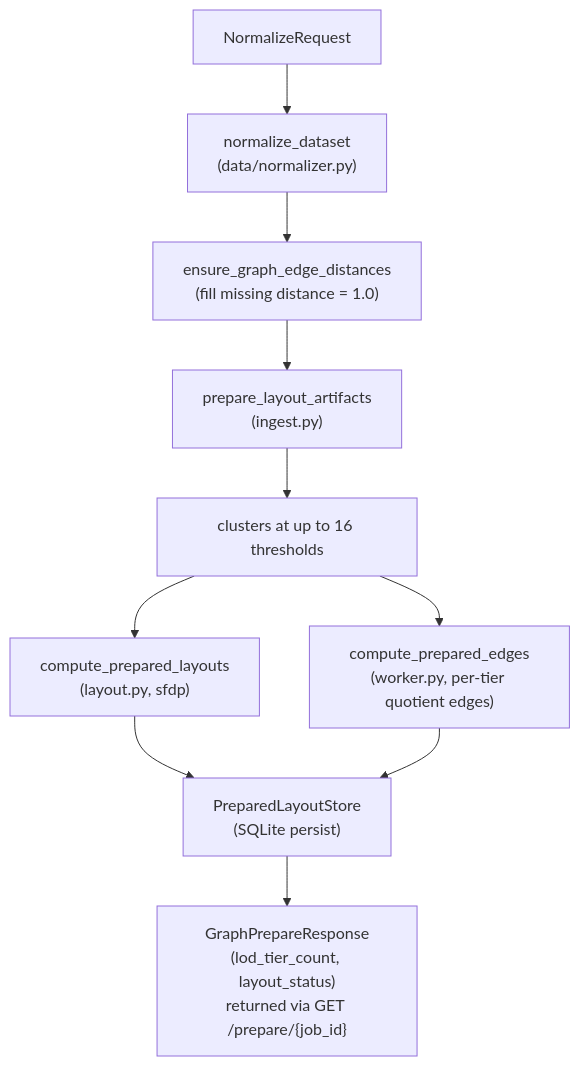
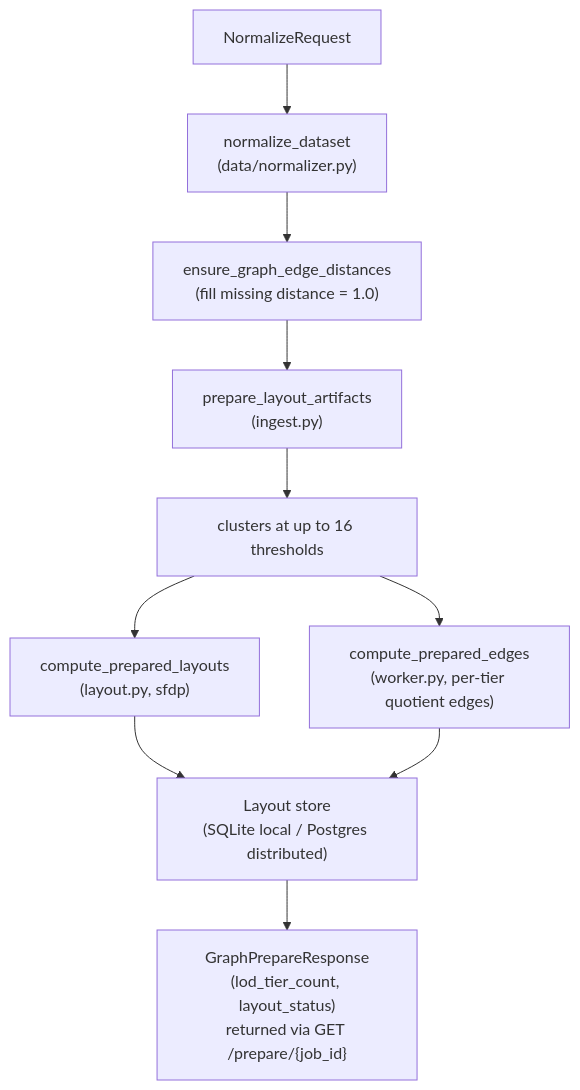
The first of 2 diagrams in docs/SERVER_PIPELINE.md (phyloviz/phylo-lens), drawn with Mermaid before and after one commit. The commit also changed other lines of this file and 7 other files, not shown here.

Commit message:
docs: describe distributed production architecture

````diff
--- a/docs/SERVER_PIPELINE.md
+++ b/docs/SERVER_PIPELINE.md
@@ -18,12 +18,12 @@
 ```mermaid
 flowchart TD
   REQ["NormalizeRequest"] --> NORM["normalize_dataset<br/>(data/normalizer.py)"]
   NORM --> DIST["ensure_graph_edge_distances<br/>(fill missing distance = 1.0)"]
   DIST --> ING["prepare_layout_artifacts<br/>(ingest.py)"]
   ING --> CL["clusters at up to 16 thresholds"]
   CL --> LAY["compute_prepared_layouts<br/>(layout.py, sfdp)"]
   CL --> PE["compute_prepared_edges<br/>(worker.py, per-tier quotient edges)"]
-  LAY --> PERSIST["PreparedLayoutStore<br/>(SQLite persist)"]
+  LAY --> PERSIST["Layout store<br/>(SQLite local / Postgres distributed)"]
   PE --> PERSIST
   PERSIST --> RESP["GraphPrepareResponse<br/>(lod_tier_count, layout_status)<br/>returned via GET /prepare/{job_id}"]
 ```
````
